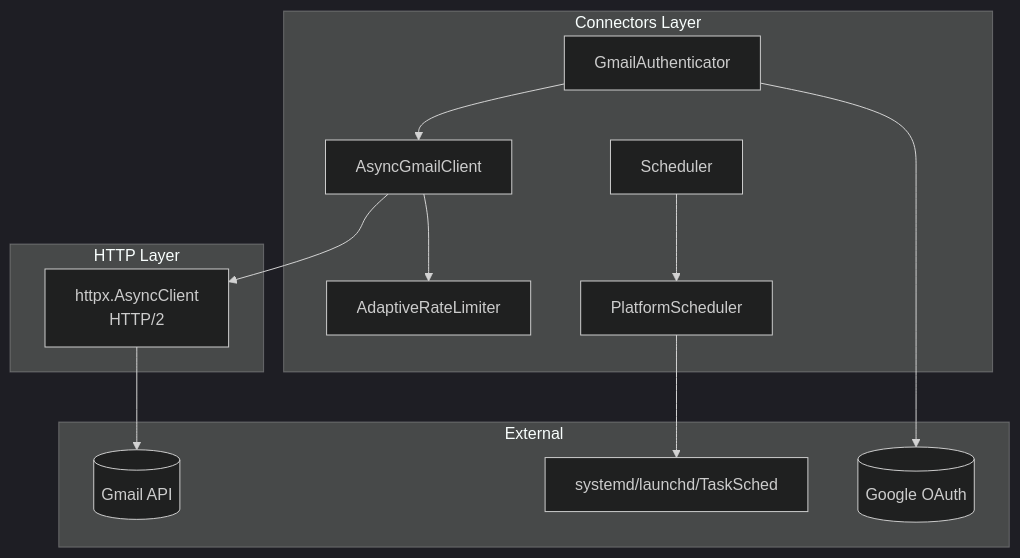
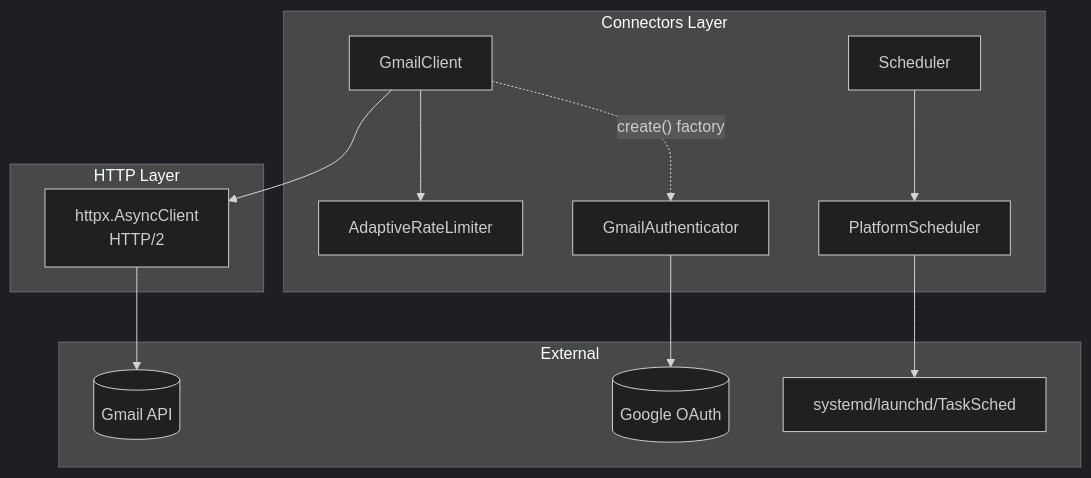
Before and after one commit to tumma72/GMailArchiver: the seventh of 9 diagrams in src/gmailarchiver/connectors/ARCHITECTURE.md, drawn with Mermaid (dark theme). The commit also changed other lines of this file and 7 other files, not shown here.

First line of the commit message:
refactor(connectors): Add GmailClient.create() factory method

````diff
--- a/src/gmailarchiver/connectors/ARCHITECTURE.md
+++ b/src/gmailarchiver/connectors/ARCHITECTURE.md
@@ -309,28 +374,28 @@
 ```mermaid
 graph TB
     subgraph "Connectors Layer"
+        CLIENT[GmailClient]
         AUTH[GmailAuthenticator]
-        CLIENT[AsyncGmailClient]
         RL[AdaptiveRateLimiter]
         SCHED[Scheduler]
         PLAT[PlatformScheduler]
     end
 
     subgraph "HTTP Layer"
         HTTPX[httpx.AsyncClient<br/>HTTP/2]
     end
 
     subgraph "External"
         GOOGLE[(Google OAuth)]
         GMAIL[(Gmail API)]
         SYSTEMD[systemd/launchd/TaskSched]
     end
 
+    CLIENT -.->|"create() factory"| AUTH
     AUTH --> GOOGLE
-    AUTH --> CLIENT
     CLIENT --> RL
     CLIENT --> HTTPX
     HTTPX --> GMAIL
     SCHED --> PLAT
     PLAT --> SYSTEMD
 ```
````
